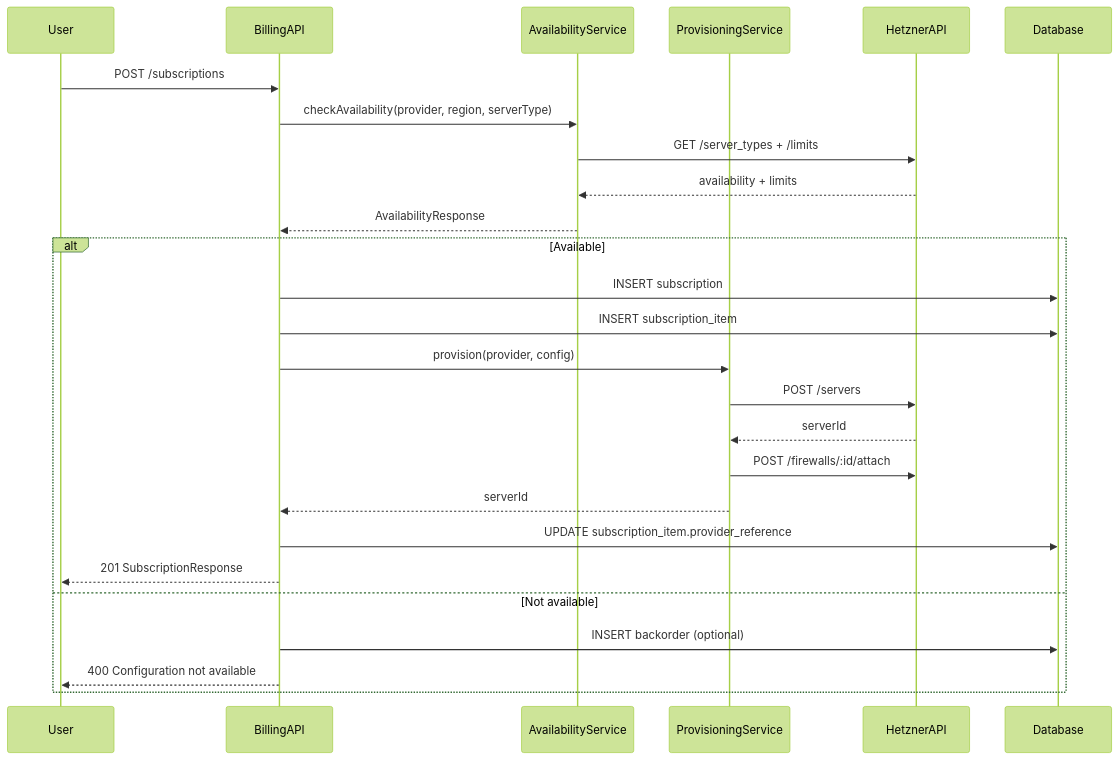
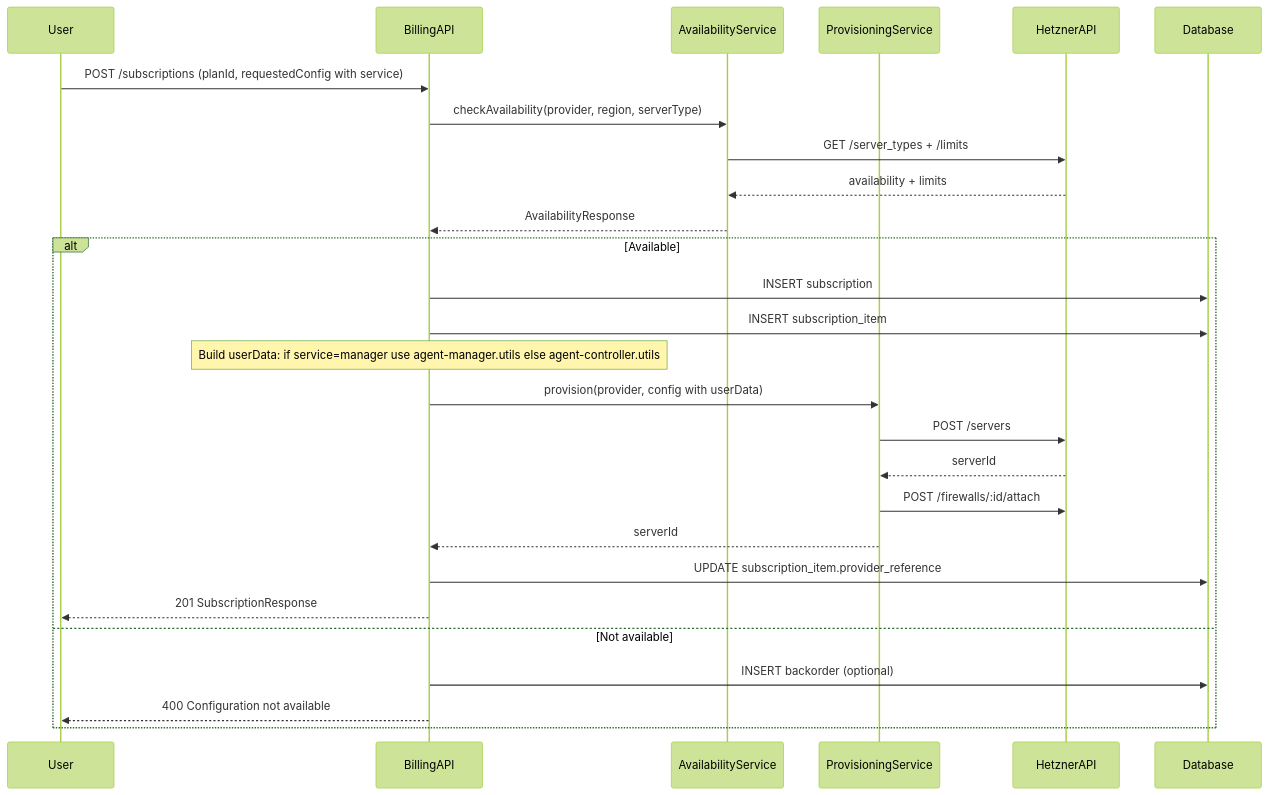
The diagram in libs/domains/framework/backend/feature-billing-manager/docs/sequence-subscription-order.mmd (forepath/agenstra), drawn with Mermaid (forest theme) before and after one commit. The commit also changed 28 other files, not shown here.

Commit message:
feat: agent-manager deployment

```diff
--- a/libs/domains/framework/backend/feature-billing-manager/docs/sequence-subscription-order.mmd
+++ b/libs/domains/framework/backend/feature-billing-manager/docs/sequence-subscription-order.mmd
@@ -1,29 +1,30 @@
 sequenceDiagram
     participant User
     participant BillingAPI
     participant AvailabilityService
     participant ProvisioningService
     participant HetznerAPI
     participant Database
 
-    %% requestedConfig may include authenticationMethod, smtp, keycloak, hetznerApiToken, digitaloceanApiToken (optional)
-    User->>BillingAPI: POST /subscriptions
+    %% requestedConfig includes service (controller|manager), authenticationMethod, smtp, keycloak, optional provisioning (controller only)
+    User->>BillingAPI: POST /subscriptions (planId, requestedConfig with service)
     BillingAPI->>AvailabilityService: checkAvailability(provider, region, serverType)
     AvailabilityService->>HetznerAPI: GET /server_types + /limits
     HetznerAPI-->>AvailabilityService: availability + limits
     AvailabilityService-->>BillingAPI: AvailabilityResponse
 
     alt Available
         BillingAPI->>Database: INSERT subscription
         BillingAPI->>Database: INSERT subscription_item
-        BillingAPI->>ProvisioningService: provision(provider, config)
+        note over BillingAPI: Build userData: if service=manager use agent-manager.utils else agent-controller.utils
+        BillingAPI->>ProvisioningService: provision(provider, config with userData)
         ProvisioningService->>HetznerAPI: POST /servers
         HetznerAPI-->>ProvisioningService: serverId
         ProvisioningService->>HetznerAPI: POST /firewalls/:id/attach
         ProvisioningService-->>BillingAPI: serverId
         BillingAPI->>Database: UPDATE subscription_item.provider_reference
         BillingAPI-->>User: 201 SubscriptionResponse
     else Not available
         BillingAPI->>Database: INSERT backorder (optional)
         BillingAPI-->>User: 400 Configuration not available
     end
```
